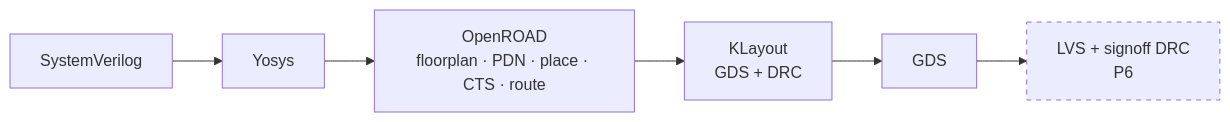
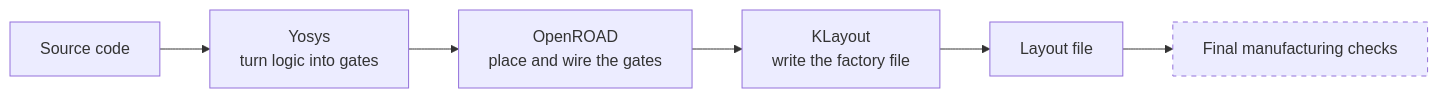
The third of 3 diagrams in README.md (VineetChadalavada/tinyTrust), drawn with Mermaid before and after one commit. The commit also changed other lines of this file, not shown here.

````diff
--- a/README.md
+++ b/README.md
@@ -155,7 +193,7 @@
 ```mermaid
 flowchart LR
-    SV["SystemVerilog"] --> Y["Yosys"] --> OR["OpenROAD<br/>floorplan · PDN · place · CTS · route"] --> K["KLayout<br/>GDS + DRC"] --> G["GDS"]
-    G --> LVS["LVS + signoff DRC<br/>P6"]
+    SV["Source code"] --> Y["Yosys<br/>turn logic into gates"] --> OR["OpenROAD<br/>place and wire the gates"] --> K["KLayout<br/>write the factory file"] --> G["Layout file"]
+    G --> LVS["Final manufacturing checks"]
     classDef planned stroke-dasharray: 5 5
     class LVS planned
 ```
````
